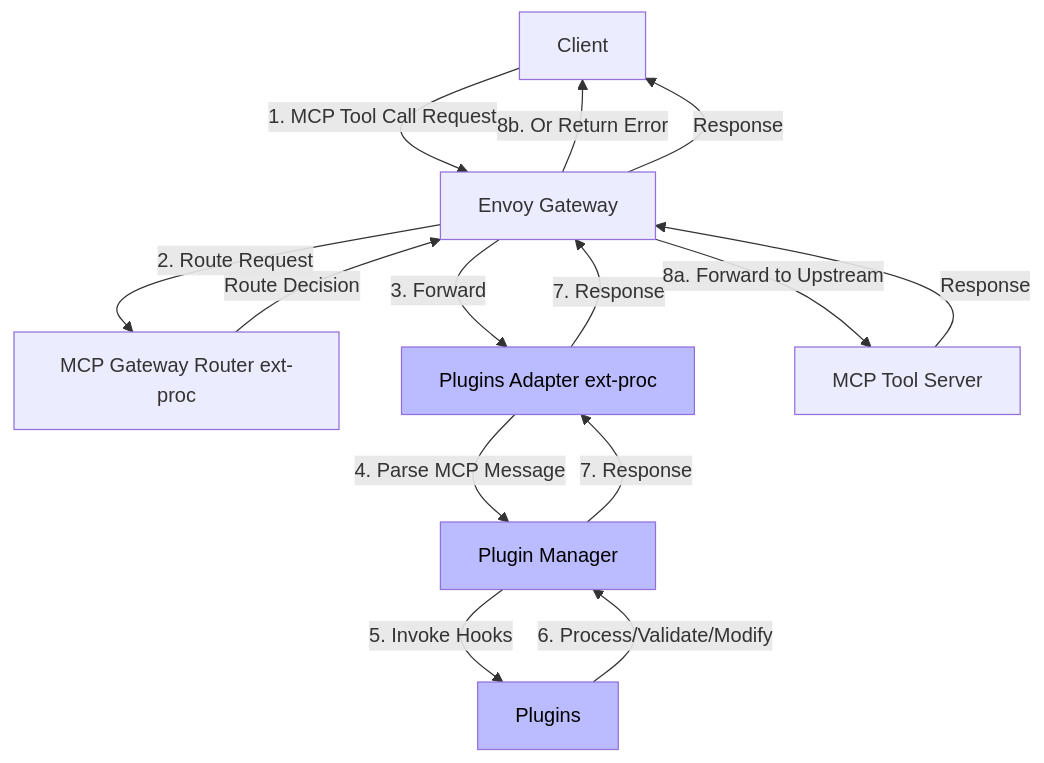
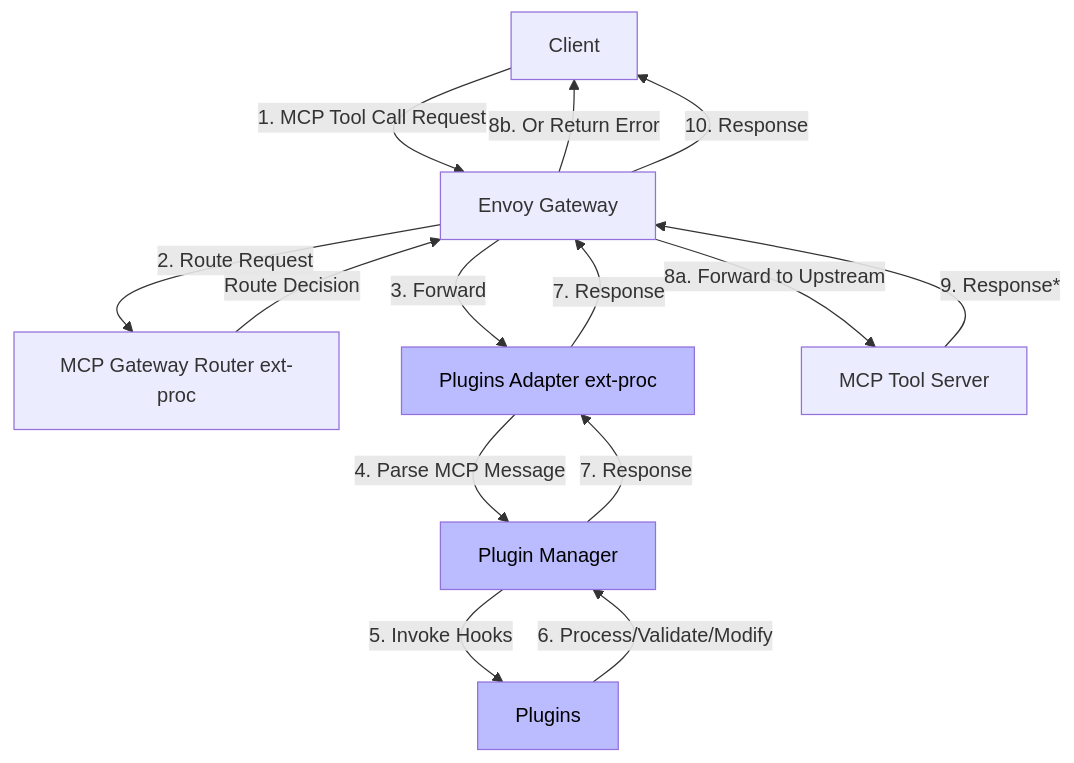
Before and after one commit to kagenti/plugins-adapter: the diagram in docs/architecture/README.md, drawn with Mermaid. The commit also changed other lines of this file, not shown here.

Commit message:
:memo: Update request flow diagram note

````diff
--- a/docs/architecture/README.md
+++ b/docs/architecture/README.md
@@ -48,20 +48,20 @@
 ```mermaid
 graph TD
     A[Client] -->|1. MCP Tool Call Request| B[Envoy Gateway]
     B -->|2. Route Request| C[MCP Gateway Router ext-proc]
     C -->|Route Decision| B
     B -->|3. Forward| D[Plugins Adapter ext-proc]
     D -->|4. Parse MCP Message| E[Plugin Manager]
     E -->|5. Invoke Hooks| F[Plugins]
     F -->|6. Process/Validate/Modify| E
     E -->|7. Response| D
     D -->|7. Response| B
     B -->|8a. Forward to Upstream| G[MCP Tool Server]
     B -->|8b. Or Return Error| A
-    G -->|Response| B
-    B -->|Response| A
+    G -->|9. Response*| B
+    B -->|10. Response| A
 
     style D fill:#bbf,color:#000000
     style E fill:#bbf,color:#000000
     style F fill:#bbf,color:#000000
 ```
````
